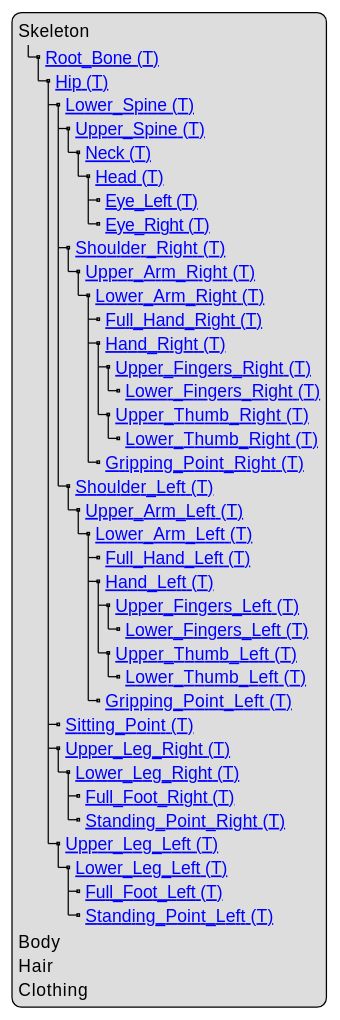
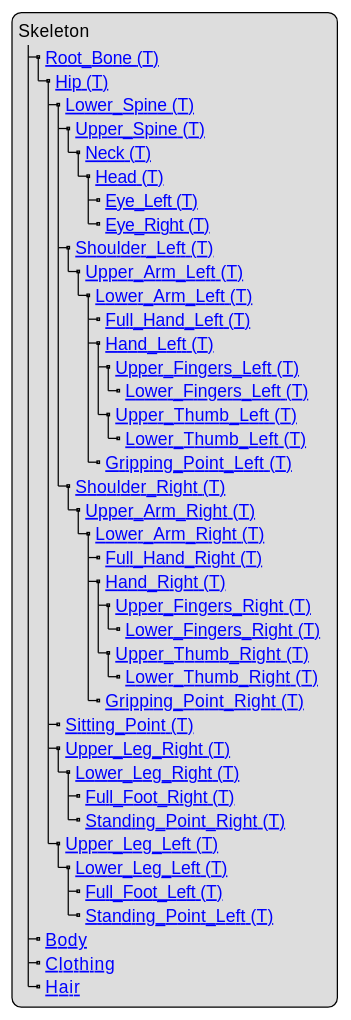
The diagram in content/geometry/object-human/human-model-structure.adoc (asam-ev/OpenMATERIAL), drawn with PlantUML before and after one commit. The commit also changed other lines of this file, not shown here.

Commit message:
Incorporate review

```diff
--- a/content/geometry/object-human/human-model-structure.adoc
+++ b/content/geometry/object-human/human-model-structure.adoc
@@ -5,46 +5,46 @@
 [plantuml]
 ----
 legend
 Skeleton
 |_ [[../geometry/object-classes.html#_root_bone_t Root_Bone (T)]]
   |_ [[../geometry/object-classes.html#_hip_t Hip (T)]]
     |_ [[../geometry/object-classes.html#_lower_spine_t Lower_Spine (T)]]
       |_ [[../geometry/object-classes.html#_upper_spine_t Upper_Spine (T)]]
         |_ [[../geometry/object-classes.html#_neck_t Neck (T)]]
           |_ [[../geometry/object-classes.html#_head_t Head (T)]]
             |_ [[../geometry/object-classes.html#_eye_left_t Eye_Left (T)]]
             |_ [[../geometry/object-classes.html#_eye_right_t Eye_Right (T)]]
-      |_ [[../geometry/object-classes.html#_shoulder_right_t Shoulder_Right (T)]]
-        |_ [[../geometry/object-classes.html#_upper_arm_right_t Upper_Arm_Right (T)]]
-          |_ [[../geometry/object-classes.html#_lower_arm_right_t Lower_Arm_Right (T)]]
-            |_ [[../geometry/object-classes.html#_full_hand_right_t Full_Hand_Right (T)]]
-            |_ [[../geometry/object-classes.html#_hand_right_t Hand_Right (T)]]
-              |_ [[../geometry/object-classes.html#_hand_right_t Upper_Fingers_Right (T)]]
-                |_ [[../geometry/object-classes.html#_lower_fingers_right_t Lower_Fingers_Right (T)]]
-              |_ [[../geometry/object-classes.html#_upper_thumb_right_t Upper_Thumb_Right (T)]]
-                |_ [[../geometry/object-classes.html#_lower_thumb_right_t Lower_Thumb_Right (T)]]
-            |_ [[../geometry/object-classes.html#_gripping_point_right_t Gripping_Point_Right (T)]]
       |_ [[../geometry/object-classes.html#_shoulder_left_t Shoulder_Left (T)]]
         |_ [[../geometry/object-classes.html#_upper_arm_left_t Upper_Arm_Left (T)]]
           |_ [[../geometry/object-classes.html#_lower_arm_left_t Lower_Arm_Left (T)]]
             |_ [[../geometry/object-classes.html#_full_hand_left_t Full_Hand_Left (T)]]
             |_ [[../geometry/object-classes.html#_hand_left_t Hand_Left (T)]]
               |_ [[../geometry/object-classes.html#_upper_fingers_left_t Upper_Fingers_Left (T)]]
                 |_ [[../geometry/object-classes.html#_lower_fingers_left_t Lower_Fingers_Left (T)]]
               |_ [[../geometry/object-classes.html#_upper_thumb_left_t Upper_Thumb_Left (T)]]
                 |_ [[../geometry/object-classes.html#_lower_thumb_left_t Lower_Thumb_Left (T)]]
             |_ [[../geometry/object-classes.html#_gripping_point_left_t Gripping_Point_Left (T)]]
+      |_ [[../geometry/object-classes.html#_shoulder_right_t Shoulder_Right (T)]]
+        |_ [[../geometry/object-classes.html#_upper_arm_right_t Upper_Arm_Right (T)]]
+          |_ [[../geometry/object-classes.html#_lower_arm_right_t Lower_Arm_Right (T)]]
+            |_ [[../geometry/object-classes.html#_full_hand_right_t Full_Hand_Right (T)]]
+            |_ [[../geometry/object-classes.html#_hand_right_t Hand_Right (T)]]
+              |_ [[../geometry/object-classes.html#_hand_right_t Upper_Fingers_Right (T)]]
+                |_ [[../geometry/object-classes.html#_lower_fingers_right_t Lower_Fingers_Right (T)]]
+              |_ [[../geometry/object-classes.html#_upper_thumb_right_t Upper_Thumb_Right (T)]]
+                |_ [[../geometry/object-classes.html#_lower_thumb_right_t Lower_Thumb_Right (T)]]
+            |_ [[../geometry/object-classes.html#_gripping_point_right_t Gripping_Point_Right (T)]]      
     |_ [[../geometry/object-classes.html#_sitting_point_t Sitting_Point (T)]]
     |_ [[../geometry/object-classes.html#_upper_leg_right_t Upper_Leg_Right (T)]]
       |_ [[../geometry/object-classes.html#_lower_leg_right_t Lower_Leg_Right (T)]]
         |_ [[../geometry/object-classes.html#_full_foot_right_t Full_Foot_Right (T)]]
         |_ [[../geometry/object-classes.html#_standing_point_right_t Standing_Point_Right (T)]]
     |_ [[../geometry/object-classes.html#_upper_leg_left_t Upper_Leg_Left (T)]]
       |_ [[../geometry/object-classes.html#_lower_leg_left_t Lower_Leg_Left (T)]]
         |_ [[../geometry/object-classes.html#_full_foot_left_t Full_Foot_Left (T)]]
         |_ [[../geometry/object-classes.html#_standing_point_left_t Standing_Point_Left (T)]]
-Body
-Hair
-Clothing
+|_ [[../geometry/object-classes.html#_body Body]]
+|_ [[../geometry/object-classes.html#_clothing Clothing]]
+|_ [[../geometry/object-classes.html#_hair Hair]]
 end legend
 ----
```
